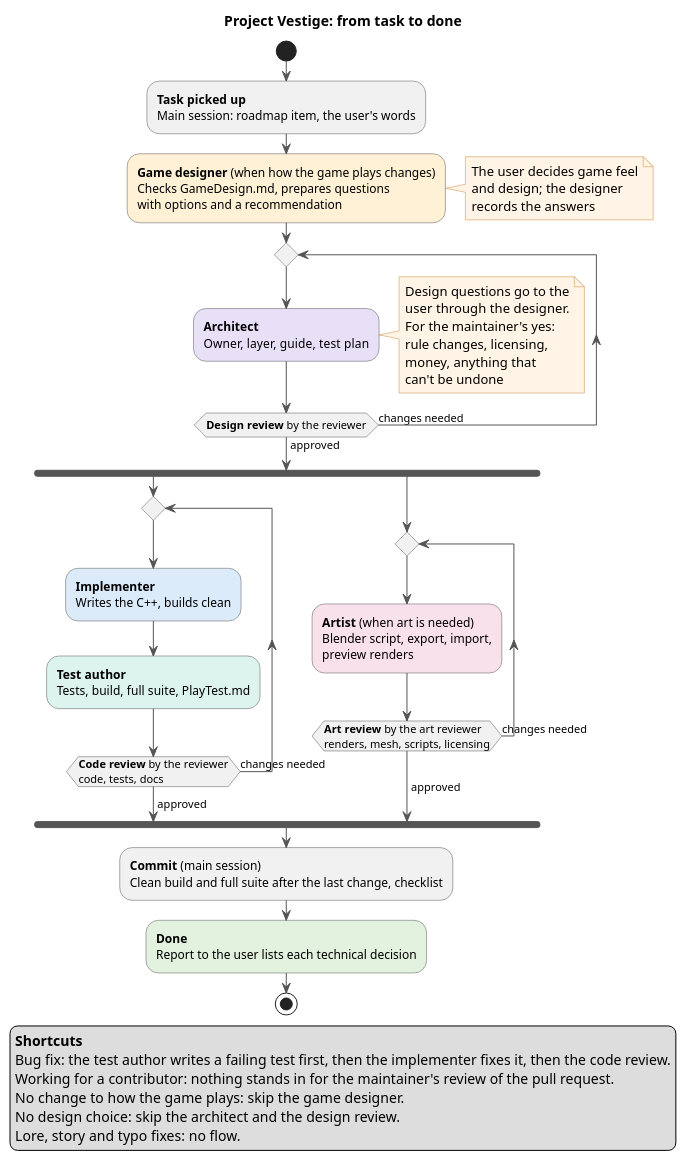
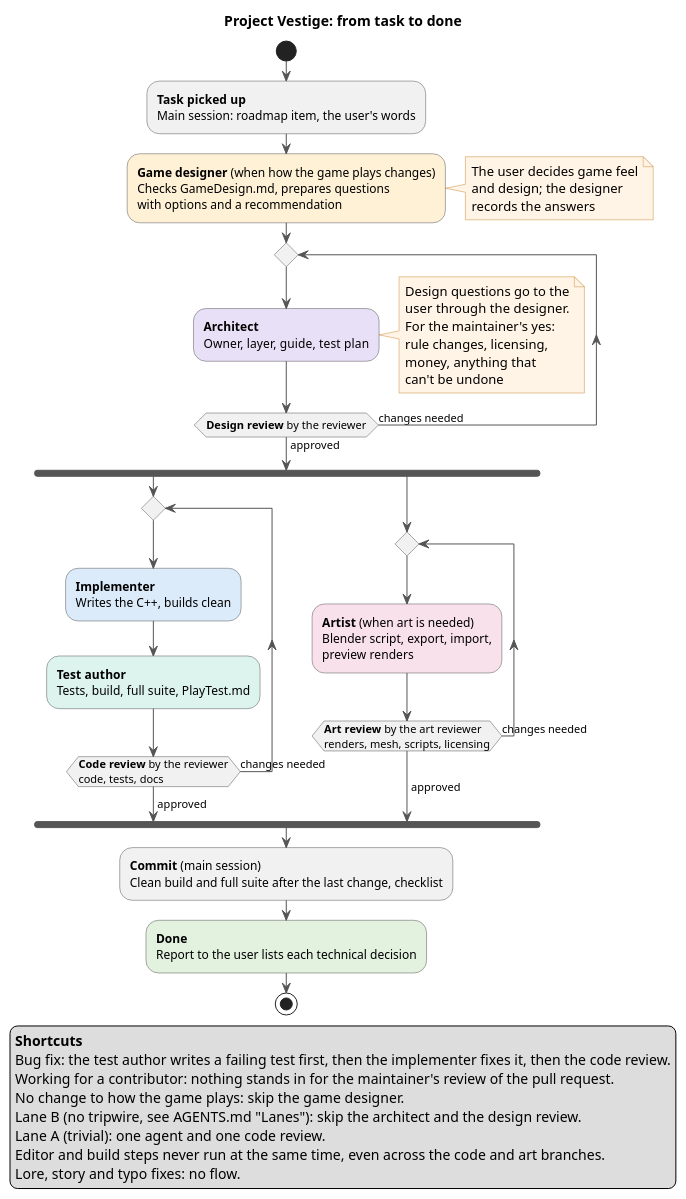
One commit to DunderGG/ProjectVestige changed the diagram in .claude/agent-flow.puml. Above: the diagram before and after it, drawn with PlantUML. The commit also changed 1 other file, not shown here.

Commit message:
Show lanes and the editor lock in the agent flow diagram
Update the diagram's legend for the lane routing (lane B skips the architect and the design review, lane A is one agent and one code review) and say that editor and build steps never run at the same time, even across the code and art branches. Re-rendered with PlantUML.

```diff
--- a/.claude/agent-flow.puml
+++ b/.claude/agent-flow.puml
@@ -1,73 +1,75 @@
 @startuml agent-flow
 ' Project Vestige agent flow. The rules behind it are in AGENTS.md, "How work is done".
 ' Render: right-click in VS Code > Preview Current Diagram (PlantUML extension), or
 ' java -jar plantuml.jar -tpng .claude/agent-flow.puml
 skinparam shadowing false
 skinparam defaultFontName Segoe UI
 skinparam ActivityBorderColor #555555
 skinparam ArrowColor #555555
 skinparam NoteBackgroundColor #FFF4E5
 skinparam NoteBorderColor #C98A3A
 
 title Project Vestige: from task to done
 
 start
 :**Task picked up**
 Main session: roadmap item, the user's words;
 
 #FFF1D6:**Game designer** (when how the game plays changes)
 Checks GameDesign.md, prepares questions
 with options and a recommendation;
 note right
   The user decides game feel
   and design; the designer
   records the answers
 end note
 
 repeat
   #E8E0F7:**Architect**
   Owner, layer, guide, test plan;
   note right
     Design questions go to the
     user through the designer.
     For the maintainer's yes:
     rule changes, licensing,
     money, anything that
     can't be undone
   end note
 repeat while (**Design review** by the reviewer) is (changes needed) not (approved)
 
 fork
   repeat
     #DCEBFA:**Implementer**
     Writes the C++, builds clean;
     #DDF3EE:**Test author**
     Tests, build, full suite, PlayTest.md;
   repeat while (**Code review** by the reviewer
 code, tests, docs) is (changes needed)
   ->approved;
 fork again
   repeat
     #F9E1EC:**Artist** (when art is needed)
     Blender script, export, import,
     preview renders;
   repeat while (**Art review** by the art reviewer
 renders, mesh, scripts, licensing) is (changes needed)
   ->approved;
 end fork
 
 :**Commit** (main session)
 Clean build and full suite after the last change, checklist;
 #E2F2DF:**Done**
 Report to the user lists each technical decision;
 stop
 
 legend bottom left
   **Shortcuts**
   Bug fix: the test author writes a failing test first, then the implementer fixes it, then the code review.
   Working for a contributor: nothing stands in for the maintainer's review of the pull request.
   No change to how the game plays: skip the game designer.
-  No design choice: skip the architect and the design review.
+  Lane B (no tripwire, see AGENTS.md "Lanes"): skip the architect and the design review.
+  Lane A (trivial): one agent and one code review.
+  Editor and build steps never run at the same time, even across the code and art branches.
   Lore, story and typo fixes: no flow.
 endlegend
 @enduml
```
